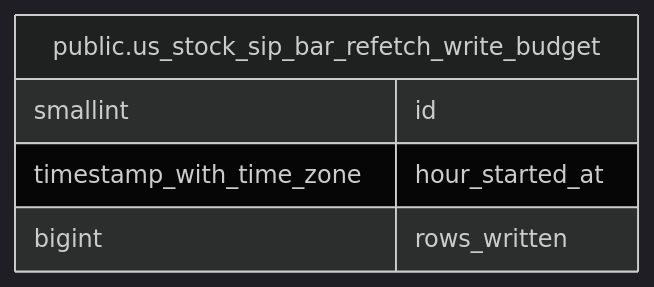
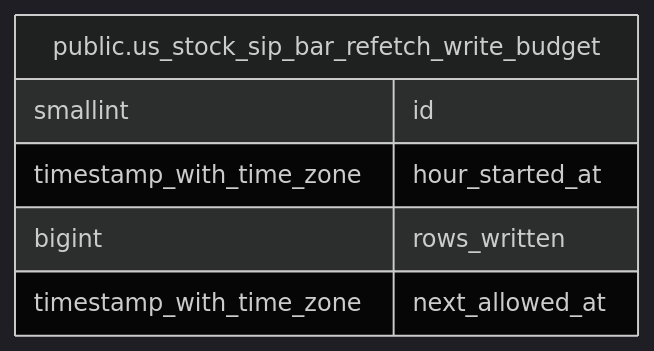
The diagram in backend/docs/db/public.us_stock_sip_bar_refetch_write_budget.md (fohte/t-rader), drawn with Mermaid (dark theme) before and after one commit. The commit also changed other lines of this file and 26 other files, not shown here.

````diff
--- a/backend/docs/db/public.us_stock_sip_bar_refetch_write_budget.md
+++ b/backend/docs/db/public.us_stock_sip_bar_refetch_write_budget.md
@@ -34,10 +35,11 @@
 ```mermaid
 erDiagram
 
 
 "public.us_stock_sip_bar_refetch_write_budget" {
   smallint id
   timestamp_with_time_zone hour_started_at
   bigint rows_written
+  timestamp_with_time_zone next_allowed_at
 }
 ```
````
